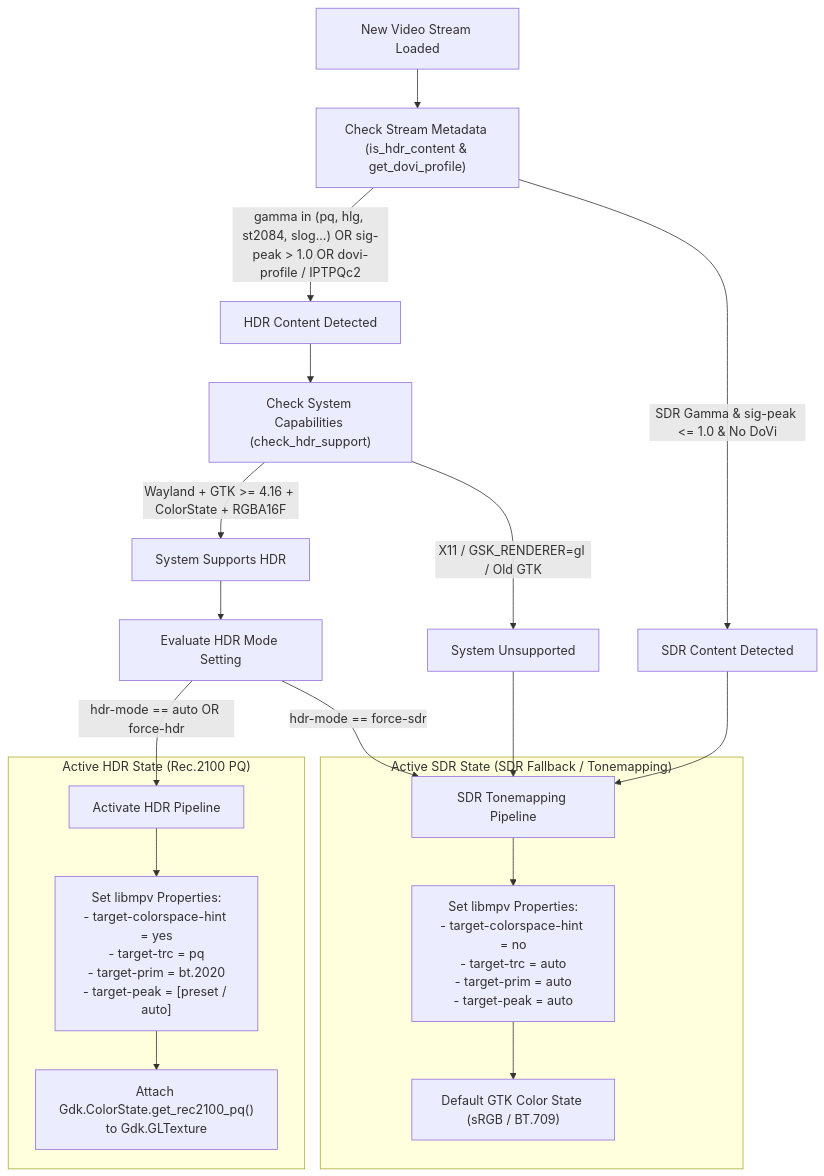
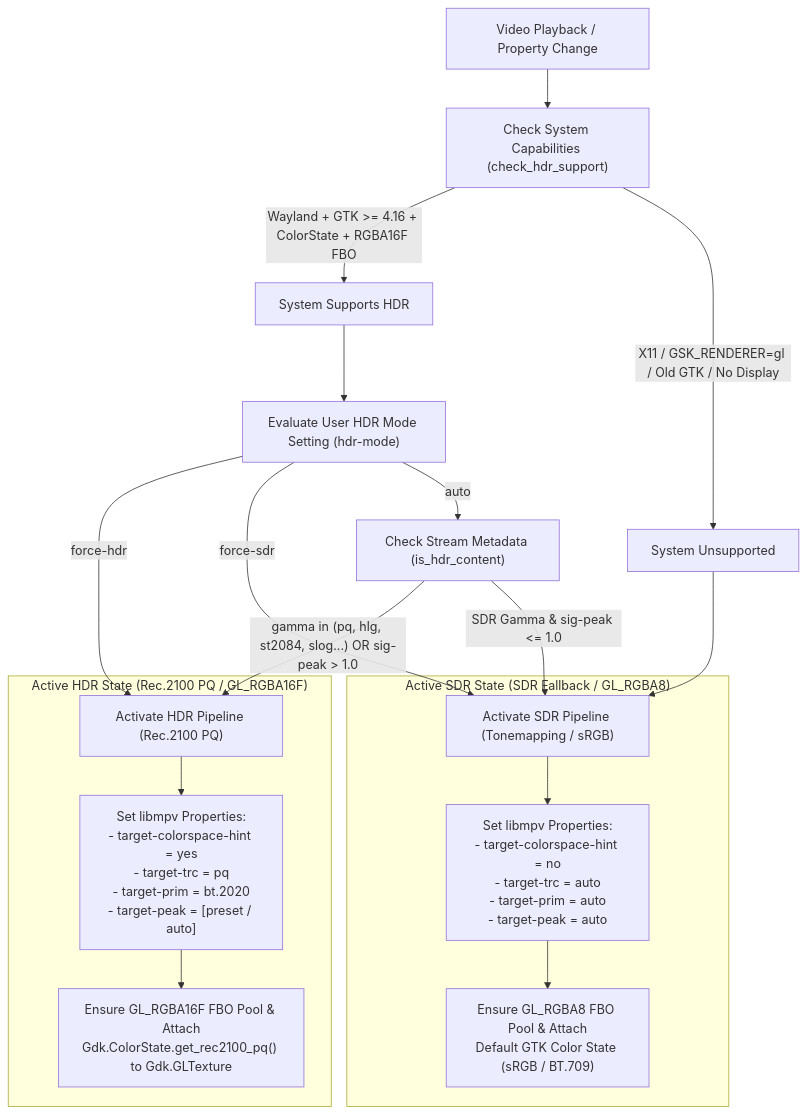
The second of 2 diagrams in docs/HDR.md (rusmikev/CineHDR), drawn with Mermaid before and after one commit. The commit also changed other lines of this file and 5 other files, not shown here.

Commit message:
fix(hdr): address P0/P1/P2 audit findings on Dolby Vision and pipeline invariants

````diff
--- a/docs/HDR.md
+++ b/docs/HDR.md
@@ -56,27 +56,28 @@
 ```mermaid
 flowchart TD
-    Start["New Video Stream Loaded"] --> CheckContent["Check Stream Metadata (is_hdr_content & get_dovi_profile)"]
-    CheckContent -->|"gamma in (pq, hlg, st2084, slog...) OR sig-peak > 1.0 OR dovi-profile / IPTPQc2"| ContentHDR["HDR Content Detected"]
-    CheckContent -->|"SDR Gamma & sig-peak <= 1.0 & No DoVi"| ContentSDR["SDR Content Detected"]
+    Start["Video Playback / Property Change"] --> CheckSupport["Check System Capabilities (check_hdr_support)"]
+    
+    CheckSupport -->|"Wayland + GTK >= 4.16 + ColorState + RGBA16F FBO"| SystemSupported["System Supports HDR"]
+    CheckSupport -->|"X11 / GSK_RENDERER=gl / Old GTK / No Display"| SystemUnsupported["System Unsupported"]
 
-    ContentHDR --> CheckSupport["Check System Capabilities (check_hdr_support)"]
-    CheckSupport -->|"Wayland + GTK >= 4.16 + ColorState + RGBA16F"| SystemSupported["System Supports HDR"]
-    CheckSupport -->|"X11 / GSK_RENDERER=gl / Old GTK"| SystemUnsupported["System Unsupported"]
+    SystemSupported --> Mode["Evaluate User HDR Mode Setting (hdr-mode)"]
+    
+    Mode -->|"force-hdr"| ApplyHDR["Activate HDR Pipeline (Rec.2100 PQ)"]
+    Mode -->|"force-sdr"| ApplySDR["Activate SDR Pipeline (Tonemapping / sRGB)"]
+    Mode -->|"auto"| CheckContent["Check Stream Metadata (is_hdr_content)"]
 
-    SystemSupported --> Mode["Evaluate HDR Mode Setting"]
-    Mode -->|"hdr-mode == auto OR force-hdr"| ApplyHDR["Activate HDR Pipeline"]
-    Mode -->|"hdr-mode == force-sdr"| ApplySDR["SDR Tonemapping Pipeline"]
+    CheckContent -->|"gamma in (pq, hlg, st2084, slog...) OR sig-peak > 1.0"| ApplyHDR
+    CheckContent -->|"SDR Gamma & sig-peak <= 1.0"| ApplySDR
 
     SystemUnsupported --> ApplySDR
-    ContentSDR --> ApplySDR
 
-    subgraph HDR_Active ["Active HDR State (Rec.2100 PQ)"]
+    subgraph HDR_Active ["Active HDR State (Rec.2100 PQ / GL_RGBA16F)"]
         ApplyHDR --> MPVProps["Set libmpv Properties:\n- target-colorspace-hint = yes\n- target-trc = pq\n- target-prim = bt.2020\n- target-peak = [preset / auto]"]
-        MPVProps --> TextureState["Attach Gdk.ColorState.get_rec2100_pq()\nto Gdk.GLTexture"]
+        MPVProps --> TextureState["Ensure GL_RGBA16F FBO Pool & Attach\nGdk.ColorState.get_rec2100_pq() to Gdk.GLTexture"]
     end
 
-    subgraph SDR_Active ["Active SDR State (SDR Fallback / Tonemapping)"]
+    subgraph SDR_Active ["Active SDR State (SDR Fallback / GL_RGBA8)"]
         ApplySDR --> MPVPropsSDR["Set libmpv Properties:\n- target-colorspace-hint = no\n- target-trc = auto\n- target-prim = auto\n- target-peak = auto"]
-        MPVPropsSDR --> TextureStateSDR["Default GTK Color State (sRGB / BT.709)"]
+        MPVPropsSDR --> TextureStateSDR["Ensure GL_RGBA8 FBO Pool & Attach\nDefault GTK Color State (sRGB / BT.709)"]
     end
 ```
````
